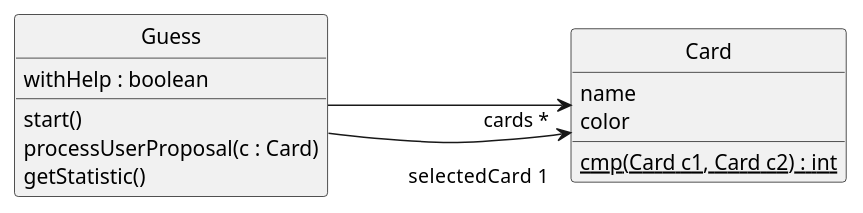
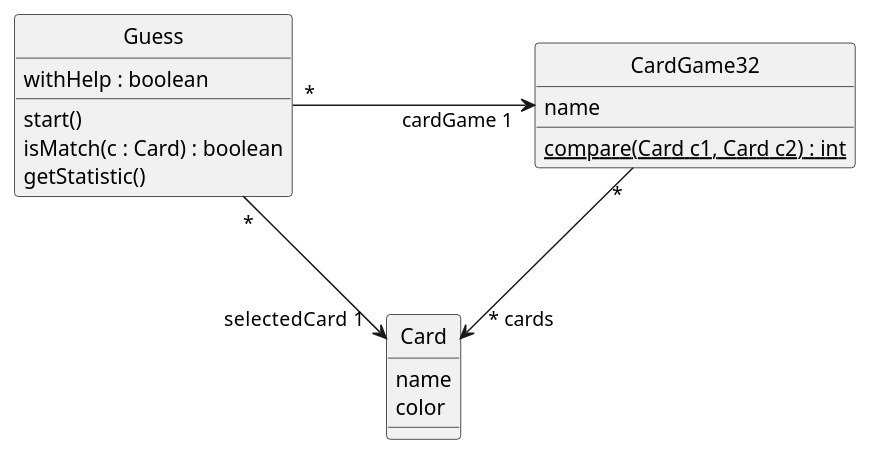
Before and after one commit to Maous-B/guesswhat-mr: the diagram in README.adoc, drawn with PlantUML. The commit also changed other lines of this file and 11 other files, not shown here.

Commit message:
add CardGame concept and pay-console for user interact console

```diff
--- a/README.adoc
+++ b/README.adoc
@@ -31,21 +34,26 @@
 [plantuml]
 ----
 class Guess {
   withHelp : boolean
 
   start()
-  processUserProposal(c : Card)
+  isMatch(c : Card) : boolean
   getStatistic()
 }
+
+class CardGame32 {
+  name
+  {static} compare(Card c1, Card c2) : int
+}
+
 
 class Card {
   name
   color
-  {static} cmp(Card c1, Card c2) : int
 }
 
-Guess -> "\nselectedCard  1  " Card : "                             "
-Guess -> "cards *  " Card : "                                     "
-
+Guess"*" -> "\nselectedCard  1  " Card : "                             "
+Guess"*" -> "cardGame 1  " CardGame32 : "                                     "
+CardGame32 "*" --> "   * cards  " Card : "                                     "
 hide circle
 ----
```
